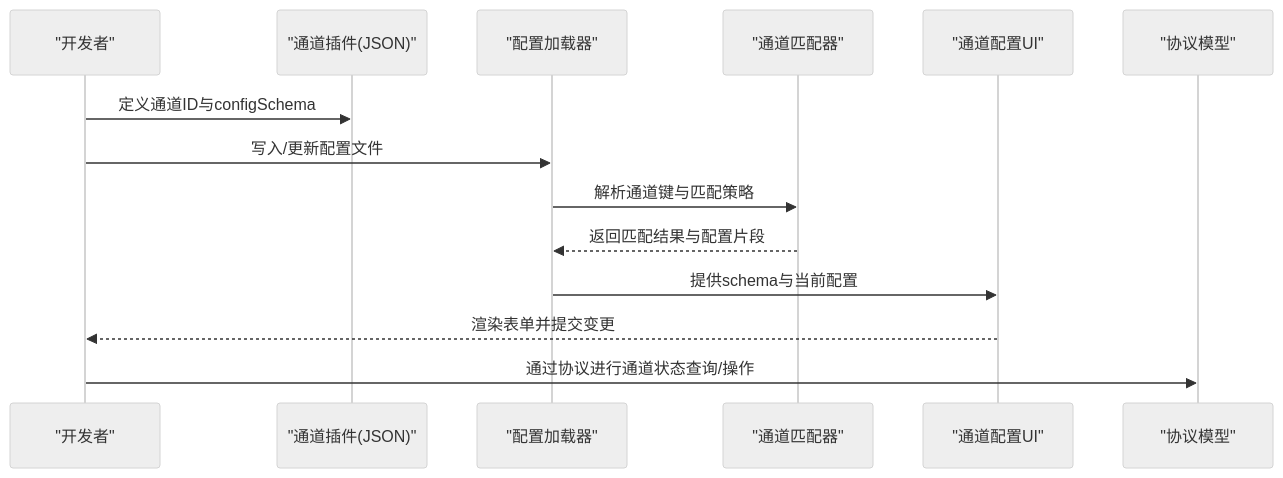
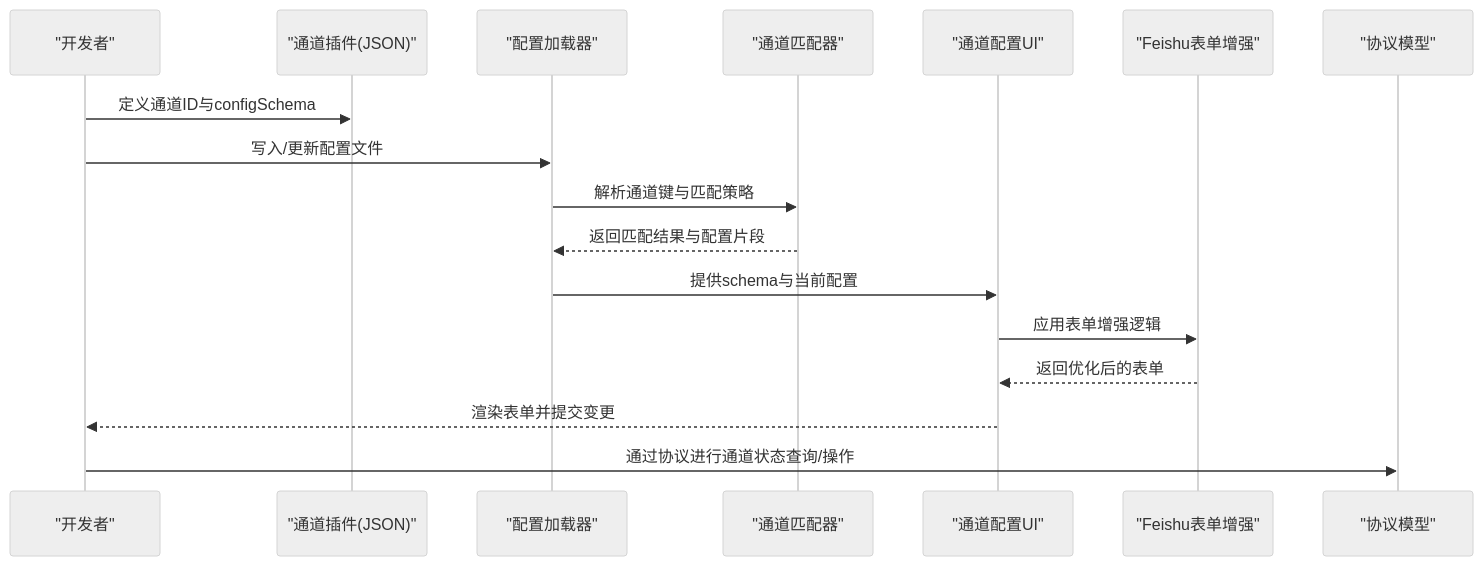
The second of 12 diagrams in .qoder/repowiki/zh/content/消息通道系统/通道配置.md (verse-ai-org/openclaw), drawn with Mermaid (neutral theme) before and after one commit. The commit also changed other lines of this file and 86 other files, not shown here.

````diff
--- a/.qoder/repowiki/zh/content/消息通道系统/通道配置.md
+++ b/.qoder/repowiki/zh/content/消息通道系统/通道配置.md
@@ -144,16 +166,19 @@
 ```mermaid
 sequenceDiagram
 participant Dev as "开发者"
 participant Plugin as "通道插件(JSON)"
 participant Loader as "配置加载器"
 participant Matcher as "通道匹配器"
 participant UI as "通道配置UI"
+participant FeishuEnhancement as "Feishu表单增强"
 participant Model as "协议模型"
 Dev->>Plugin : 定义通道ID与configSchema
 Dev->>Loader : 写入/更新配置文件
 Loader->>Matcher : 解析通道键与匹配策略
 Matcher-->>Loader : 返回匹配结果与配置片段
 Loader->>UI : 提供schema与当前配置
+UI->>FeishuEnhancement : 应用表单增强逻辑
+FeishuEnhancement-->>UI : 返回优化后的表单
 UI-->>Dev : 渲染表单并提交变更
 Dev->>Model : 通过协议进行通道状态查询/操作
 ```
````
